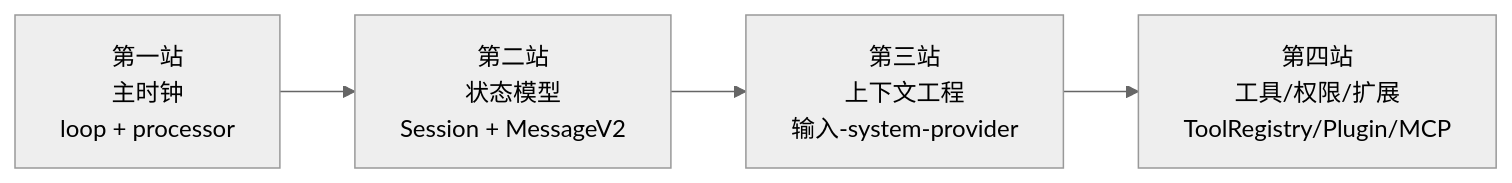
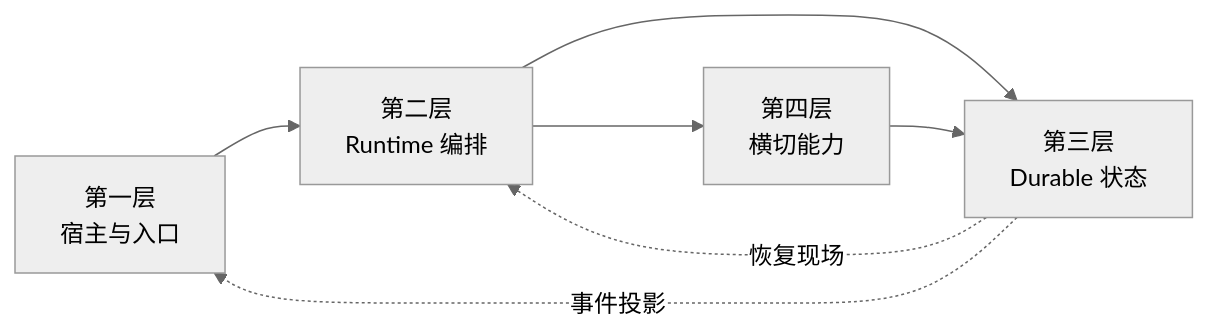
Before and after one commit to feuyeux/agent-study: the second of 2 diagrams in opencode_kickoff/00-opencode_ko.md, drawn with Mermaid (neutral theme). The commit also changed other lines of this file and 22 other files, not shown here.

````diff
--- a/opencode_kickoff/00-opencode_ko.md
+++ b/opencode_kickoff/00-opencode_ko.md
@@ -229,9 +234,9 @@
 ```mermaid
-flowchart LR
-    S1["第一站<br/>主时钟<br/>loop + processor"]
-    S2["第二站<br/>状态模型<br/>Session + MessageV2"]
-    S3["第三站<br/>上下文工程<br/>输入-system-provider"]
-    S4["第四站<br/>工具/权限/扩展<br/>ToolRegistry/Plugin/MCP"]
-
-    S1 --> S2 --> S3 --> S4
+graph LR
+    L1["第一层<br/>宿主与入口"] --> L2["第二层<br/>Runtime 编排"]
+    L2 --> L3["第三层<br/>Durable 状态"]
+    L2 --> L4["第四层<br/>横切能力"]
+    L4 --> L3
+    L3 -.恢复现场.-> L2
+    L3 -.事件投影.-> L1
 ```
````
